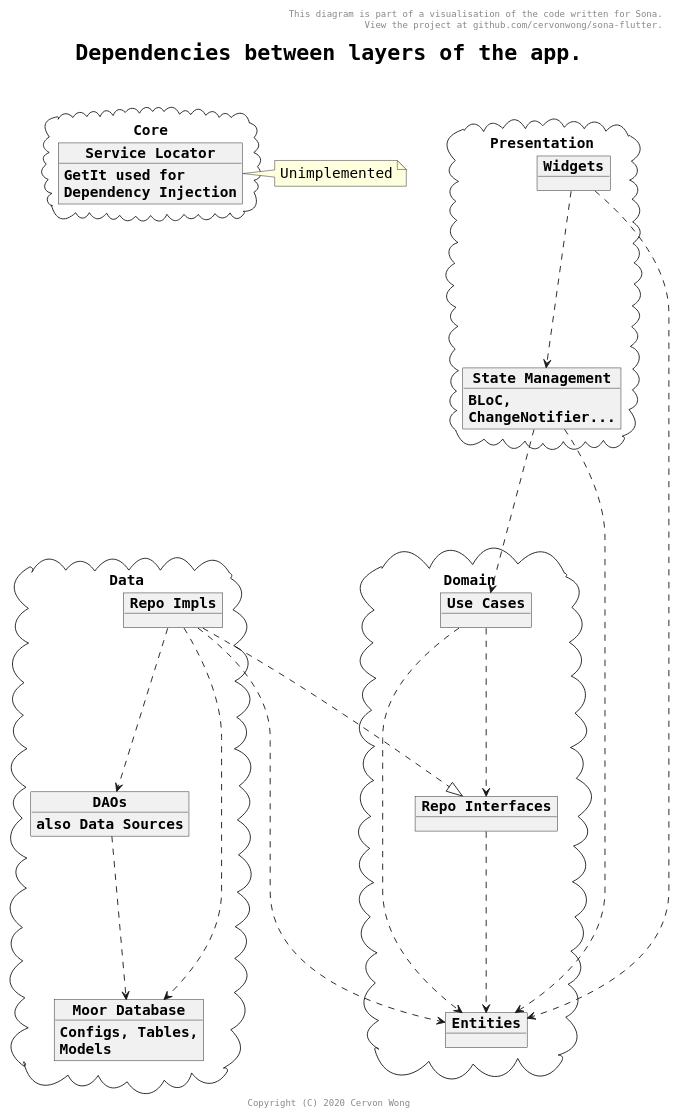
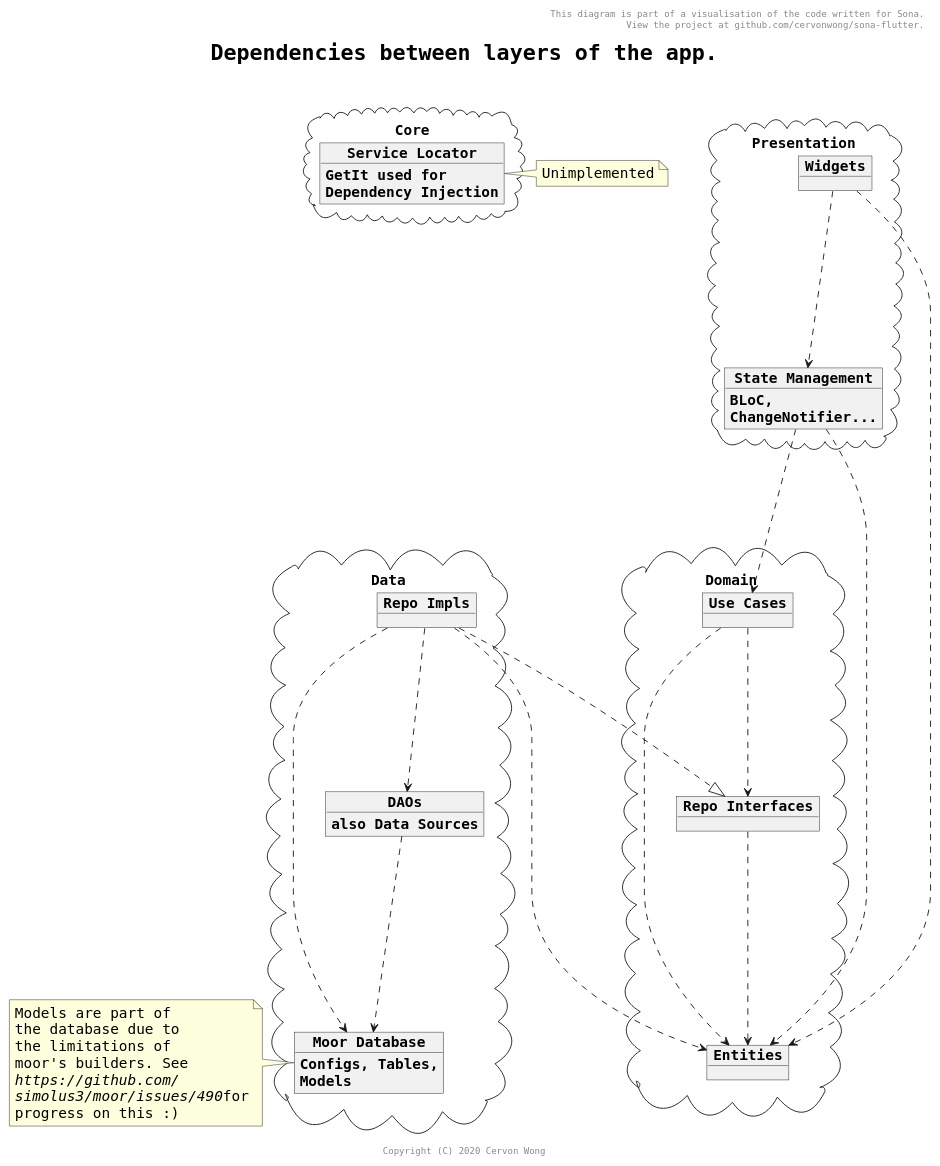
One commit to cervonwong/sona-flutter changed the diagram in puml/architecture_dependencies.puml. Above: the diagram before and after it, drawn with PlantUML.

Commit message:
Docs(puml): Add note on database to explain limitations of dependencies

```diff
--- a/puml/architecture_dependencies.puml
+++ b/puml/architecture_dependencies.puml
@@ -1,63 +1,67 @@
 @startuml
 
 skinparam wrapWidth 200
 skinparam maxMessageSize 100
 skinparam defaultFontName Monospaced
 skinparam defaultFontSize 16
 skinparam arrowFontSize 12
 skinparam objectFontStyle bold
 skinparam titleFontSize 24
 skinparam titleFontStyle bold
 skinparam shadowing false
 
 header This diagram is part of a visualisation of the code written for Sona.\n View the project at github.com/cervonwong/sona-flutter.
 title Dependencies between layers of the app.\n
 footer Copyright (C) 2020 Cervon Wong
 
 package Presentation <<Cloud>> {
 	object "Widgets" as w
     object "State Management" as s {
     	BLoC, ChangeNotifier...
     }
 }
 
 package Domain <<Cloud>> {
 	object "Use Cases" as u
 	object "Entities" as e
 	object "Repo Interfaces" as ir
 }
 
 package Data <<Cloud>> {
 	object "Repo Impls" as ri
     object "DAOs" AS d {
     	also Data Sources
     }
     object "Moor Database" as db {
     	Configs, Tables, Models
     }
 }
 
 package Core <<Cloud>> {
 	object "Service Locator" as di {
     	GetIt used for Dependency Injection
     }
 }
 
 w  ....>  s
 w  ....>  e
 s  ....>  u
 s  ....>  e
 u  ....>  e
 u  ....>  ir
 ir ....>  e
 ri ....|> ir
 ri ....>  d
 ri ....>  db
 ri ....>  e
 d  ....>  db
 
 note right of di
-Unimplemented
+	Unimplemented
+end note
+
+note left of db
+	Models are part of the database due to the limitations of moor's builders. See <i>https://github.com/ simolus3/moor/issues/490</i>for progress on this :)
 end note
 
 @enduml
```
